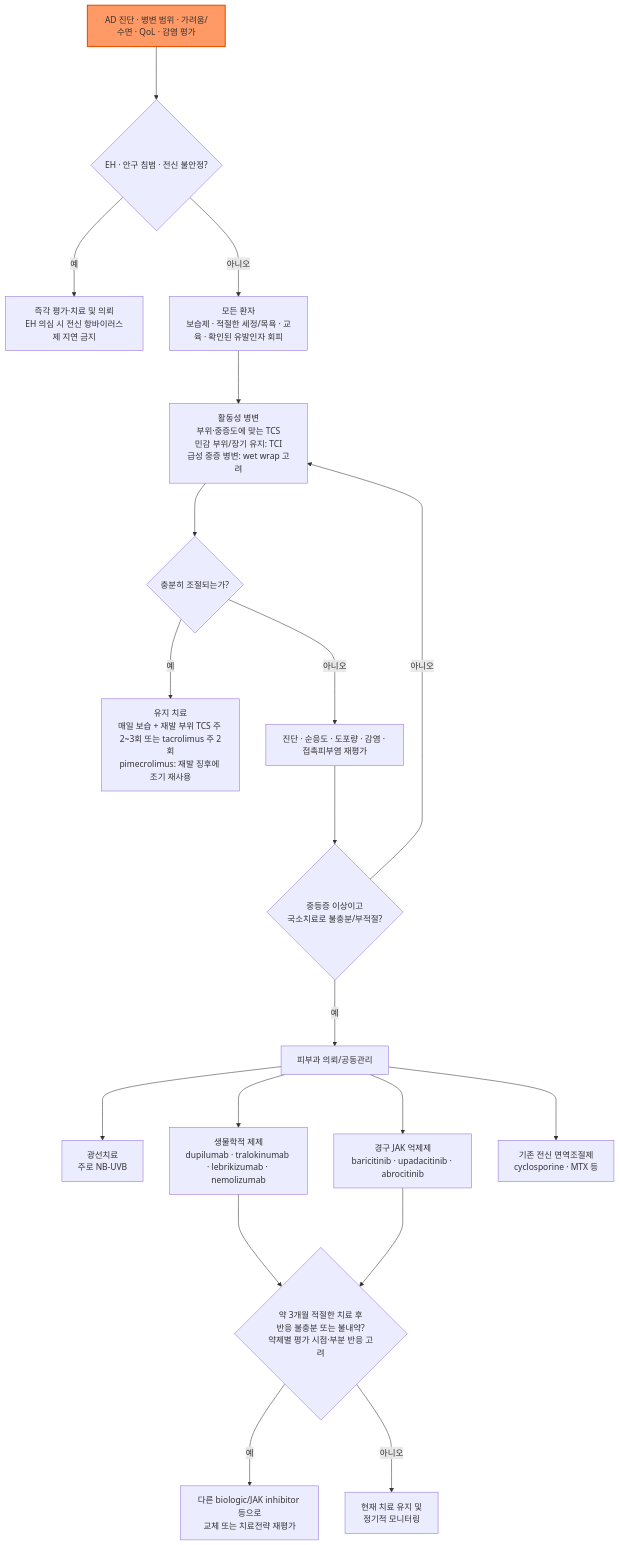
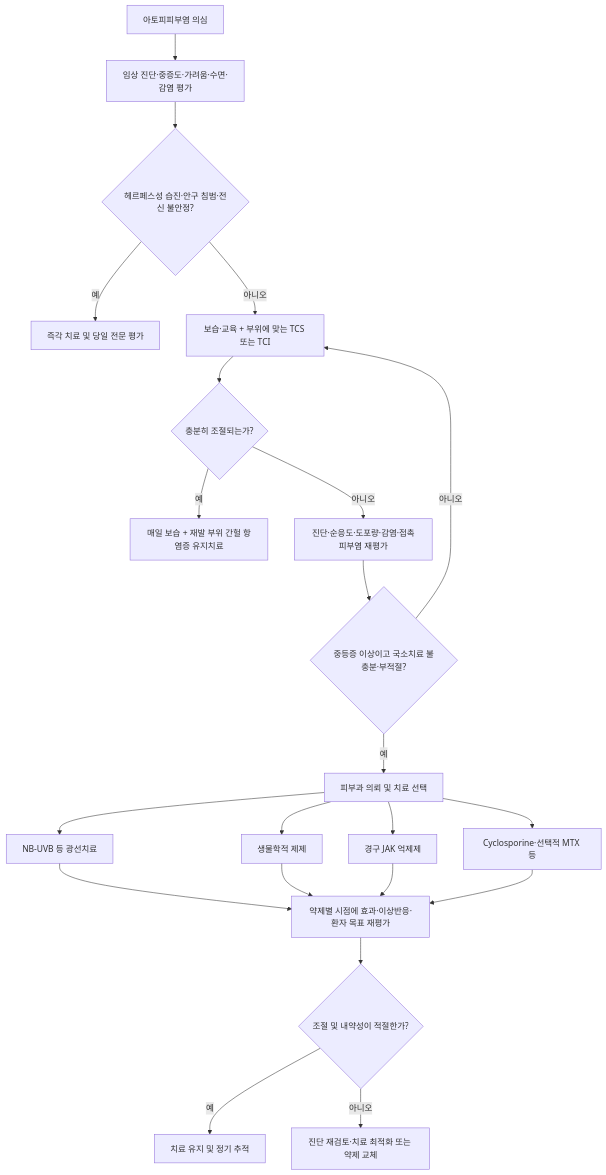
Before and after one commit to familyoh77/familyoh77: the diagram in 229_/158_-atopic-dermatitis.md, drawn with Mermaid. The commit also changed other lines of this file and 20 other files, not shown here.

````diff
--- a/229_/158_-atopic-dermatitis.md
+++ b/229_/158_-atopic-dermatitis.md
@@ -150,22 +155,24 @@
 ```mermaid
 flowchart TD
-    A[AD 진단 · 병변 범위 · 가려움/수면 · QoL · 감염 평가] ---> R{EH · 안구 침범 · 전신 불안정?}
-    R -- 예 ---> S[즉각 평가·치료 및 의뢰<br/>EH 의심 시 전신 항바이러스제 지연 금지]
-    R -- 아니오 ---> B[모든 환자<br/>보습제 · 적절한 세정/목욕 · 교육 · 확인된 유발인자 회피]
-    B ---> C[활동성 병변<br/>부위·중증도에 맞는 TCS<br/>민감 부위/장기 유지: TCI<br/>급성 중증 병변: wet wrap 고려]
-    C ---> D{충분히 조절되는가?}
-    D --->|예| E[유지 치료<br/>매일 보습 + 재발 부위 TCS 주 2~3회 또는 tacrolimus 주 2회<br/>pimecrolimus: 재발 징후에 조기 재사용]
-    D --->|아니오| F[진단 · 순응도 · 도포량 · 감염 · 접촉피부염 재평가]
-    F ---> G{중등증 이상이고<br/>국소치료로 불충분/부적절?}
-    G --->|아니오| C
-    G --->|예| H[피부과 의뢰/공동관리]
-    H ---> I[광선치료<br/>주로 NB-UVB]
-    H ---> J[생물학적 제제<br/>dupilumab · tralokinumab · lebrikizumab · nemolizumab]
-    H ---> K[경구 JAK 억제제<br/>baricitinib · upadacitinib · abrocitinib]
-    H ---> L[기존 전신 면역조절제<br/>cyclosporine · MTX 등]
-    J ---> M{약 3개월 적절한 치료 후<br/>반응 불충분 또는 불내약?<br/>약제별 평가 시점·부분 반응 고려}
-    K ---> M
-    M --->|예| N[다른 biologic/JAK inhibitor 등으로<br/>교체 또는 치료전략 재평가]
-    M --->|아니오| O[현재 치료 유지 및<br/>정기적 모니터링]
-    style A fill:#f96,stroke:#e65100,stroke-width:2px
+    A["아토피피부염 의심"] --> B["임상 진단·중증도·가려움·수면·감염 평가"]
+    B --> R{"헤르페스성 습진·안구 침범·전신 불안정?"}
+    R -->|예| S["즉각 치료 및 당일 전문 평가"]
+    R -->|아니오| C["보습·교육 + 부위에 맞는 TCS 또는 TCI"]
+    C --> D{"충분히 조절되는가?"}
+    D -->|예| E["매일 보습 + 재발 부위 간헐 항염증 유지치료"]
+    D -->|아니오| F["진단·순응도·도포량·감염·접촉피부염 재평가"]
+    F --> G{"중등증 이상이고 국소치료 불충분·부적절?"}
+    G -->|아니오| C
+    G -->|예| H["피부과 의뢰 및 치료 선택"]
+    H --> I["NB-UVB 등 광선치료"]
+    H --> J["생물학적 제제"]
+    H --> K["경구 JAK 억제제"]
+    H --> L["Cyclosporine·선택적 MTX 등"]
+    I --> M["약제별 시점에 효과·이상반응·환자 목표 재평가"]
+    J --> M
+    K --> M
+    L --> M
+    M --> N{"조절 및 내약성이 적절한가?"}
+    N -->|예| O["치료 유지 및 정기 추적"]
+    N -->|아니오| P["진단 재검토·치료 최적화 또는 약제 교체"]
 ```
````
